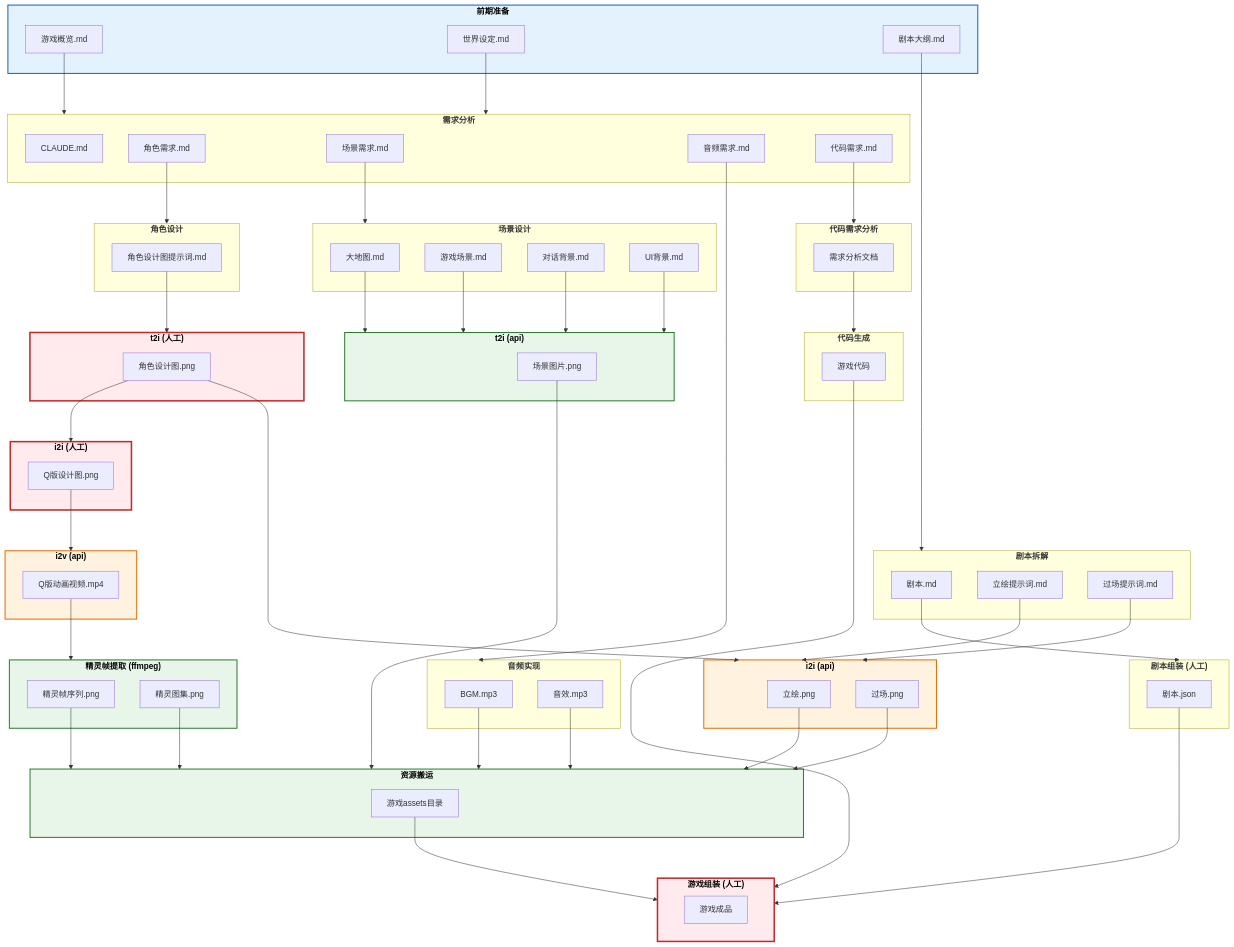
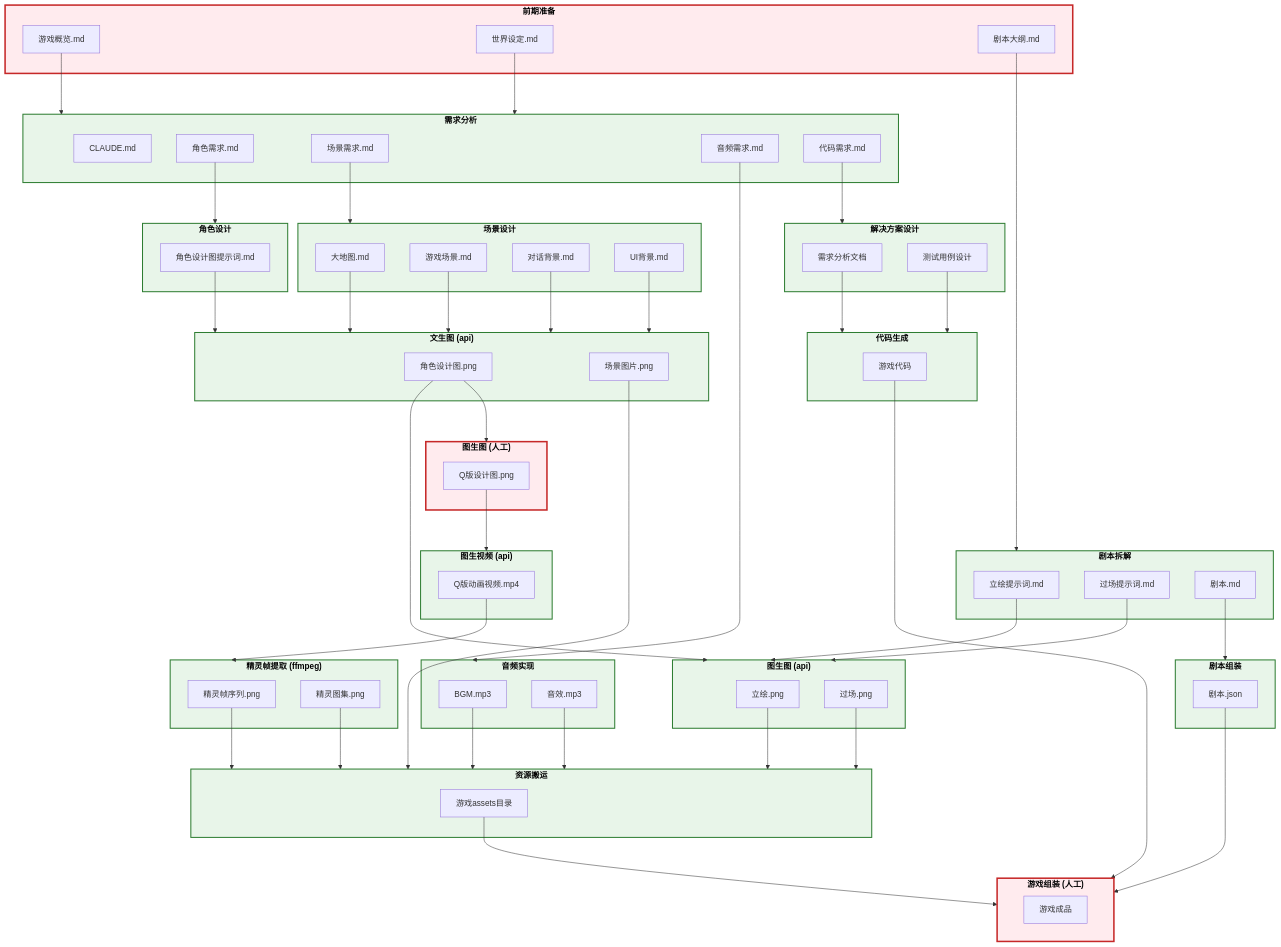
One commit to CrazyJinn/AllCopper changed the diagram in README.md. Above: the diagram before and after it, drawn with Mermaid. The commit also changed other lines of this file and 66 other files, not shown here.

````diff
--- a/README.md
+++ b/README.md
@@ -21,9 +21,9 @@
 
     %% ========== 剧本拆解 ==========
     subgraph 剧本拆解["<b>剧本拆解</b>"]
-        S2O1[剧本.md]
-        S2O2[立绘提示词.md]
-        S2O3[过场提示词.md]
+        S2O1[立绘提示词.md]
+        S2O2[过场提示词.md]
+        S2O3[剧本.md]
     end
 
     %% ========== 角色设计 ==========
@@ -39,34 +39,31 @@
         S4O4[UI背景.md]
     end
 
-    %% ========== 代码需求分析 ==========
-    subgraph 代码需求分析["<b>代码需求分析</b>"]
+    %% ========== 解决方案设计 ==========
+    subgraph 解决方案设计["<b>解决方案设计</b>"]
         S5O1[需求分析文档]
+        S5O2[测试用例设计]
     end
 
-    %% ========== t2i(人工) ==========
-    subgraph t2i人工["<b>t2i (人工)</b>"]
-        S6O1[角色设计图.png]
+    %% ========== 文生图(api) ==========
+    subgraph 文生图api["<b>文生图 (api)</b>"]
+        S7O1[角色设计图.png]
+        S7O2[场景图片.png]
     end
 
-    %% ========== t2i(api) ==========
-    subgraph t2iapi["<b>t2i (api)</b>"]
-        S7O1[场景图片.png]
-    end
-
-    %% ========== i2i(api) ==========
-    subgraph i2i图片["<b>i2i (api)</b>"]
+    %% ========== 图生图(api) ==========
+    subgraph 图生图api["<b>图生图 (api)</b>"]
         S8O1[立绘.png]
         S8O2[过场.png]
     end
 
-    %% ========== i2i(人工) ==========
-    subgraph i2i人工["<b>i2i (人工)</b>"]
+    %% ========== 图生图(人工) ==========
+    subgraph 图生图人工["<b>图生图 (人工)</b>"]
         S9O1[Q版设计图.png]
     end
 
-    %% ========== i2v(api) ==========
-    subgraph i2vapi["<b>i2v (api)</b>"]
+    %% ========== 图生视频(api) ==========
+    subgraph 图生视频api["<b>图生视频 (api)</b>"]
         S10O1[Q版动画视频.mp4]
     end
 
@@ -98,7 +95,7 @@
     end
 
     %% ========== 剧本组装 ==========
-    subgraph 剧本组装["<b>剧本组装 (人工)</b>"]
+    subgraph 剧本组装["<b>剧本组装</b>"]
         S16O1[剧本.json]
     end
 
@@ -108,35 +105,29 @@
 
     S1O2 --> 角色设计
     S1O3 --> 场景设计
-    S1O5 --> 代码需求分析
+    S1O5 --> 解决方案设计
 
-    S3O1 --> t2i人工
-    S2O2 & S2O3 --> i2i图片
-    S4O1 & S4O2 & S4O3 & S4O4 --> t2iapi
+    S2O1 & S2O2 & S7O1 --> 图生图api
+    S3O1 & S4O1 & S4O2 & S4O3 & S4O4 --> 文生图api
 
-    S6O1 --> i2i图片
-    S6O1 --> i2i人工
+    S7O1 --> 图生图人工
 
-    S9O1 --> i2vapi
+    S9O1 --> 图生视频api
     S10O1 --> 精灵帧提取
 
     S1O4 --> 音频实现
 
-    S5O1 --> 代码生成
+    S5O1 & S5O2 --> 代码生成
 
-    S2O1 --> 剧本组装
+    S2O3 --> 剧本组装
 
-    S7O1 & S8O1 & S8O2 & S11O1 & S11O2 & S12O1 & S12O2 --> 资源搬运
+    S7O2 & S8O1 & S8O2 & S11O1 & S11O2 & S12O1 & S12O2 --> 资源搬运
     S14O1 & S13O1 & S16O1 --> 游戏组装
 
     %% ========== 样式定义 ==========
     classDef manual fill:#ffebee,stroke:#c62828,stroke-width:3px,color:#000
-    classDef semi fill:#fff3e0,stroke:#ef6c00,stroke-width:2px,color:#000
     classDef auto fill:#e8f5e9,stroke:#2e7d32,stroke-width:2px,color:#000
-    classDef input fill:#e3f2fd,stroke:#1565c0,stroke-width:2px,color:#000
 
-    class t2i人工,i2i人工,游戏组装 manual
-    class i2i图片,i2vapi semi
-    class t2iapi,精灵帧提取,资源搬运 auto
-    class 前期准备 input
+    class 前期准备,图生图人工,游戏组装 manual
+    class 需求分析,剧本拆解,角色设计,场景设计,解决方案设计,音频实现,代码生成,剧本组装,文生图api,图生图api,图生视频api,精灵帧提取,资源搬运 auto
 ```
````
